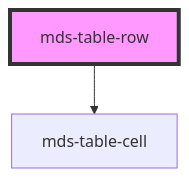
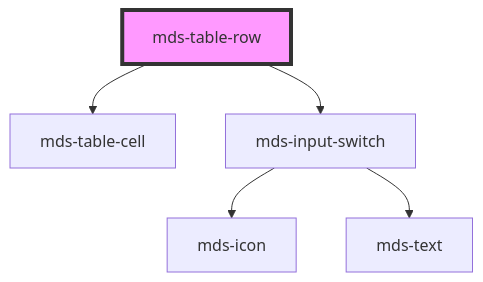
The diagram in projects/stencil/src/components/mds-table-row/readme.md (magma-design-system/magma), drawn with Mermaid before and after one commit. The commit also changed other lines of this file and 26 other files, not shown here.

Commit message:
feat(mds-table): add row element selection

````diff
--- a/projects/stencil/src/components/mds-table-row/readme.md
+++ b/projects/stencil/src/components/mds-table-row/readme.md
@@ -32,5 +36,8 @@
 ```mermaid
 graph TD;
   mds-table-row --> mds-table-cell
+  mds-table-row --> mds-input-switch
+  mds-input-switch --> mds-icon
+  mds-input-switch --> mds-text
   style mds-table-row fill:#f9f,stroke:#333,stroke-width:4px
 ```
````
